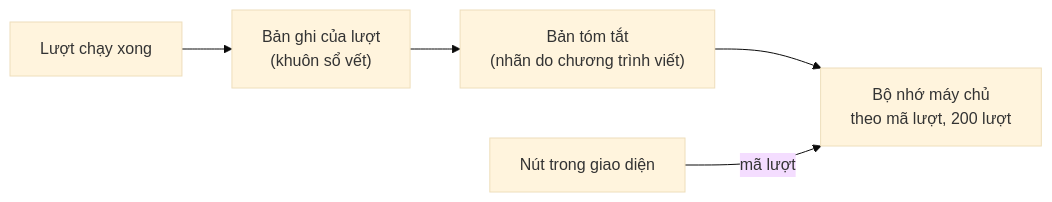
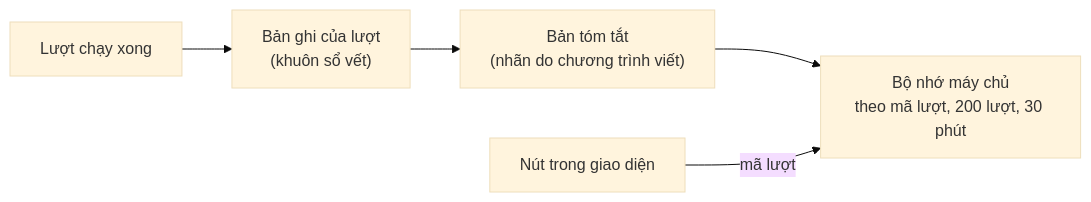
One commit to Sunny-sunnyy/chatbot-hue changed the diagram in bai_hoc/giao_trinh/42_VI_SAO_TRA_LOI_VAY.md. Above: the diagram before and after it, drawn with Mermaid (base theme). The commit also changed other lines of this file and 1 other file, not shown here.

````diff
--- a/bai_hoc/giao_trinh/42_VI_SAO_TRA_LOI_VAY.md
+++ b/bai_hoc/giao_trinh/42_VI_SAO_TRA_LOI_VAY.md
@@ -39,7 +39,7 @@
 ```mermaid
 flowchart LR
   L["Lượt chạy xong"] --> G["Bản ghi của lượt<br/>(khuôn sổ vết)"]
   G --> T["Bản tóm tắt<br/>(nhãn do chương trình viết)"]
-  T --> K["Bộ nhớ máy chủ<br/>theo mã lượt, 200 lượt"]
+  T --> K["Bộ nhớ máy chủ<br/>theo mã lượt, 200 lượt, 30 phút"]
   N["Nút trong giao diện"] -->|"mã lượt"| K
 ```
````
